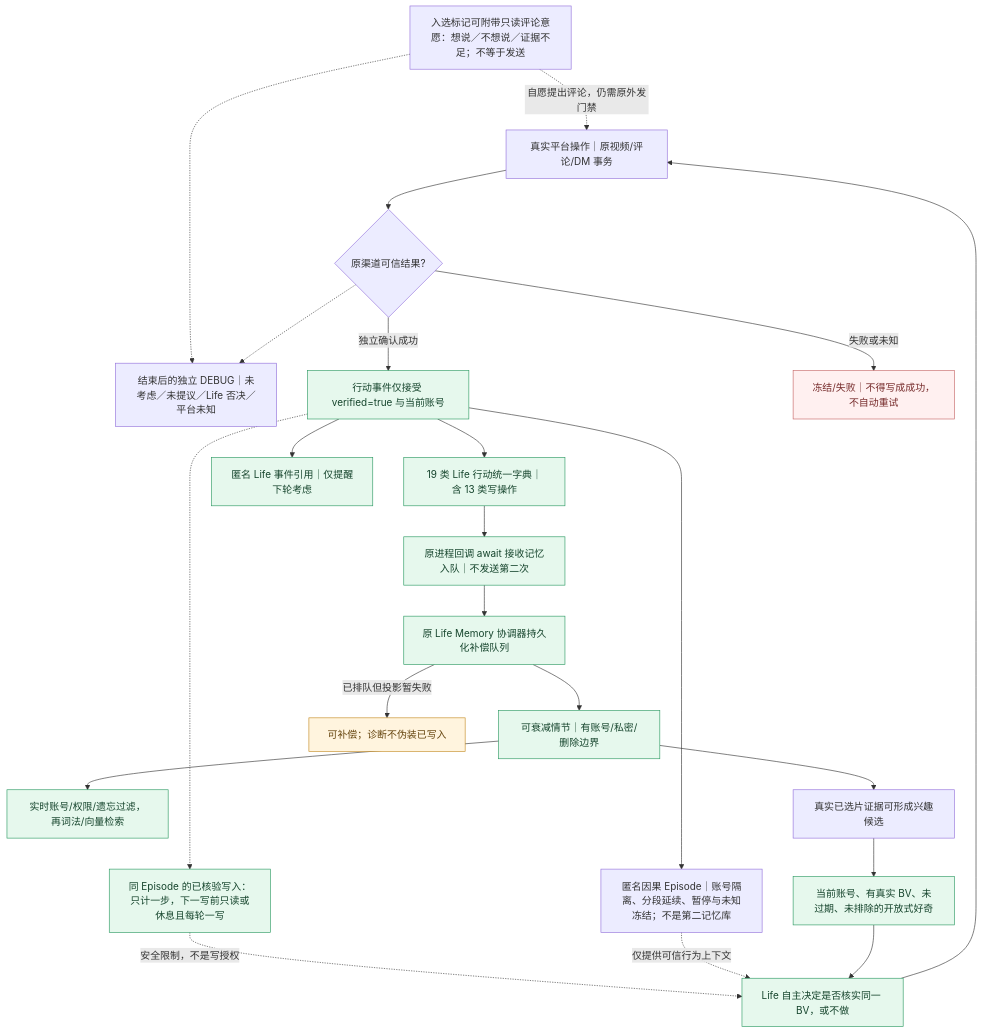
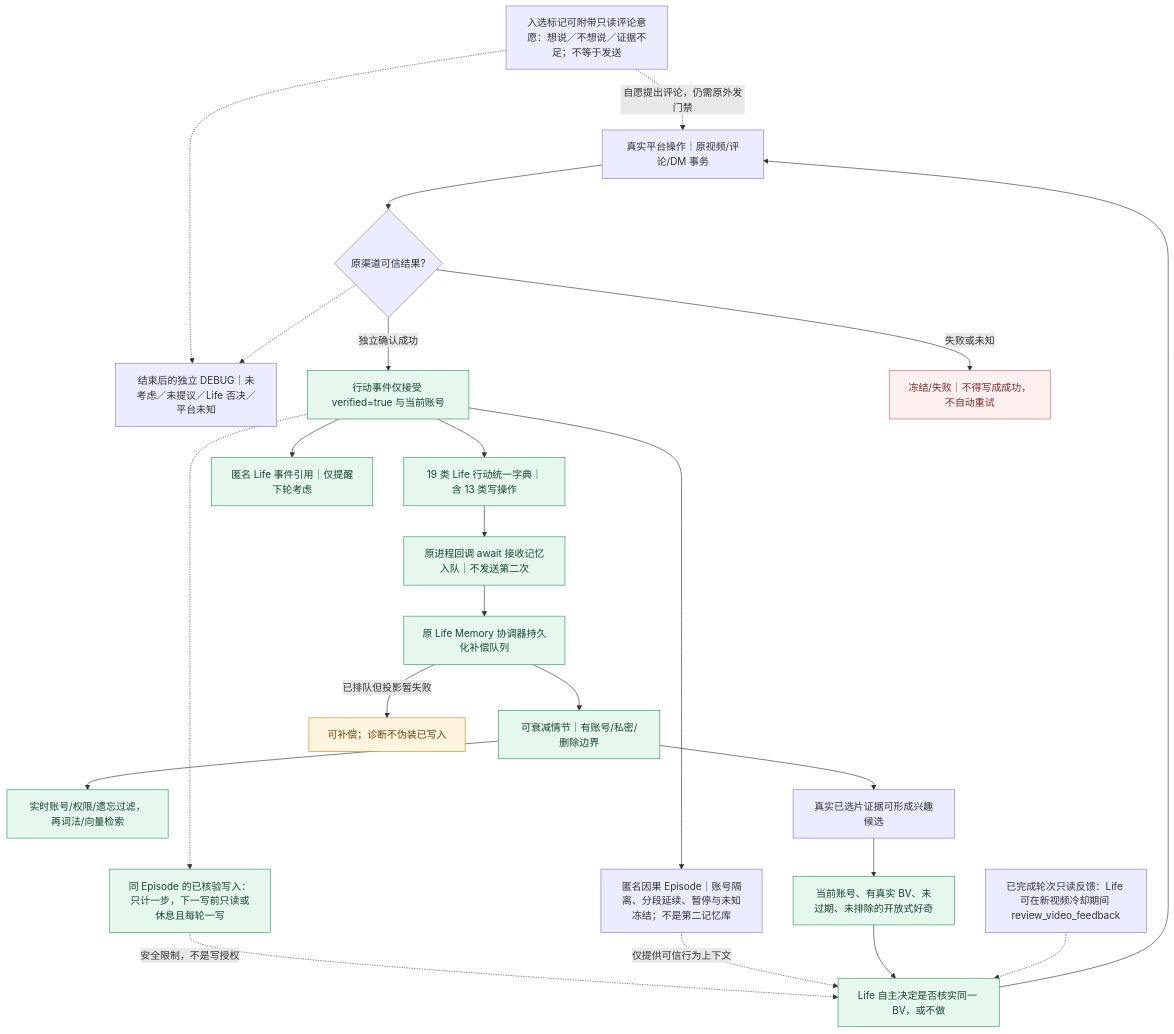
One commit to minedalang/dsh-dafeiyu-life changed the diagram in docs/architecture/diagrams/life-receipt-memory-current.mmd. Above: the diagram before and after it, drawn with Mermaid. The commit also changed 13 other files, not shown here.

```diff
--- a/docs/architecture/diagrams/life-receipt-memory-current.mmd
+++ b/docs/architecture/diagrams/life-receipt-memory-current.mmd
@@ -1,66 +1,70 @@
 %% 同版本 Life 补链维护：模型/菜单不是平台成功证据
 %% @code source | lib/life-video-action-bridge.mjs | createLifeVideoActionBridge
 %% @code commentReview | vendor/bilibili-mcp/mcp_server.py | async def bili_comment_consideration
 %% @code commentOutcome | lib/video-comment-readiness.mjs | classifyVideoCommentRound
 %% @code catalog | lib/life-action-memory.mjs | LIFE_ACTION_NAMES
 %% @code verified | lib/life-action-memory.mjs | export function verifiedLifeActionEvent
 %% @code wake | lib/life-agent-events.mjs | VERIFIED_COMPLETION_KINDS
 %% @code outbox | lib/life-memory-coordinator.mjs | createLifeMemoryCoordinator
 %% @code episode | lib/life-memory-gateway.mjs | function asEpisode
 %% @code recall | lib/life-memory-gateway.mjs | function recall
 %% @code growth | lib/life-interests.mjs | recordInterestEvents
 %% @code curiosity | lib/life-interests.mjs | scopedCuriosityOpportunityEvidence
 %% @code planner | lib/autonomous-planner.mjs | export function plannerActionMenu
 %% @code bridge | index.js | const rememberVerifiedLifeAction
 %% @code unknown | lib/life-continuation-write.mjs | status:'uncertain'
 flowchart TB
   source["真实平台操作｜原视频/评论/DM 事务"]
   universalCausal["匿名因果 Episode｜账号隔离、分段延续、暂停与未知冻结；不是第二记忆库"]
   postWrite["同 Episode 的已核验写入：只计一步，下一写前只读或休息且每轮一写"]
   commentReview["入选标记可附带只读评论意愿：想说／不想说／证据不足；不等于发送"]
   commentOutcome["结束后的独立 DEBUG｜未考虑／未提议／Life 否决／平台未知"]
   receipt{"原渠道可信结果?"}
   verified["行动事件仅接受 verified=true 与当前账号"]
   unknown["冻结/失败｜不得写成成功，不自动重试"]
   catalog["19 类 Life 行动统一字典｜含 13 类写操作"]
   wake["匿名 Life 事件引用｜仅提醒下轮考虑"]
   bridge["原进程回调 await 接收记忆入队｜不发送第二次"]
   outbox["原 Life Memory 协调器持久化补偿队列"]
   episode["可衰减情节｜有账号/私密/删除边界"]
   pending["可补偿；诊断不伪装已写入"]
   recall["实时账号/权限/遗忘过滤，再词法/向量检索"]
   growth["真实已选片证据可形成兴趣候选"]
   curiosity["当前账号、有真实 BV、未过期、未排除的开放式好奇"]
   planner["Life 自主决定是否核实同一 BV，或不做"]
+  videoFeedback["已完成轮次只读反馈：Life 可在新视频冷却期间 review_video_feedback"]
   commentReview -.->|自愿提出评论，仍需原外发门禁| source
   commentReview -.-> commentOutcome
   source --> receipt
   verified -.-> postWrite -.->|安全限制，不是写授权| planner
   receipt -.-> commentOutcome
   receipt -->|独立确认成功| verified
   receipt -->|失败或未知| unknown
   verified --> catalog
   verified --> universalCausal
   verified --> wake
   catalog --> bridge
   bridge --> outbox
   outbox --> episode
   outbox -->|已排队但投影暂失败| pending
   episode --> recall
   universalCausal -.->|仅提供可信行为上下文| planner
   episode --> growth
   growth --> curiosity
   curiosity --> planner
+  videoFeedback -.-> planner
   planner --> source
   classDef green fill:#e6f8ed,stroke:#2a9961,color:#16452d
   classDef yellow fill:#fff4de,stroke:#c48a20,color:#65440d
   classDef red fill:#fff0f0,stroke:#c66565,color:#762b2b
   class verified,catalog,wake,bridge,outbox,episode,recall,curiosity,planner,postWrite green
   class pending yellow
   class unknown red
 
 %% @code postWrite | lib/life-opportunities.mjs | entry.writeAftercare='read-or-rest'
 
 %% @code universalCausal | lib/life-universal-episodes.mjs | export function createUniversalLifeEpisodes
 
 %% @code commentReview | vendor/bilibili-mcp/mcp_server.py | async def bili_ledger_mark
+
+%% @code videoFeedback | lib/autonomous-planner.mjs | action:'review_video_feedback'
```
